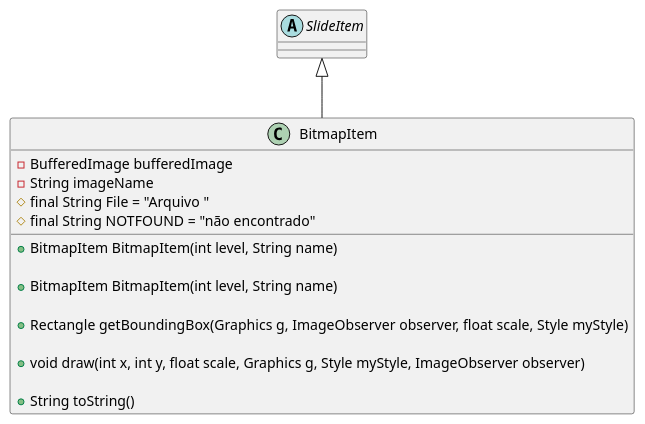
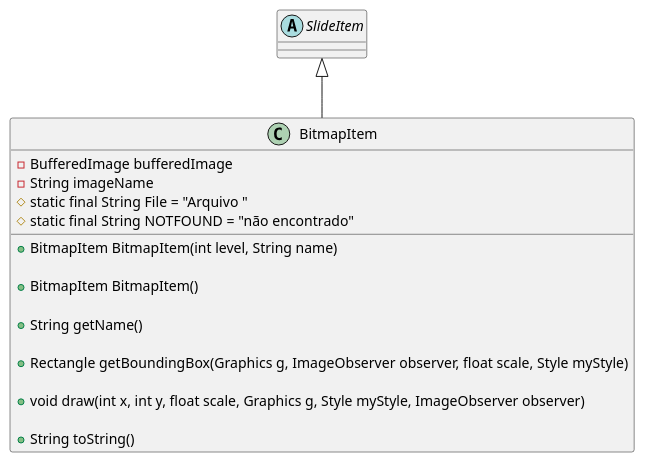
The diagram in jabberPoint/BitmapItem.puml (kvojps/estudo-uml), drawn with PlantUML before and after one commit. The commit also changed 1 other file, not shown here.

Commit message:
diagrama de classe

```diff
--- a/jabberPoint/BitmapItem.puml
+++ b/jabberPoint/BitmapItem.puml
@@ -1,24 +1,26 @@
 @startuml bitmap item
 abstract class SlideItem {
 
 }
 
 SlideItem <|-- BitmapItem
 
 class BitmapItem{
     - BufferedImage bufferedImage
     - String imageName
-    # final String File = "Arquivo "
-    # final String NOTFOUND = "não encontrado"
+    # static final String File = "Arquivo "
+    # static final String NOTFOUND = "não encontrado"
 
     + BitmapItem BitmapItem(int level, String name)
 
-    + BitmapItem BitmapItem(int level, String name)
+    + BitmapItem BitmapItem()
+
+    + String getName()
 
     + Rectangle getBoundingBox(Graphics g, ImageObserver observer, float scale, Style myStyle)
 
     + void draw(int x, int y, float scale, Graphics g, Style myStyle, ImageObserver observer)
 
     + String toString()
 }
 @enduml
```
